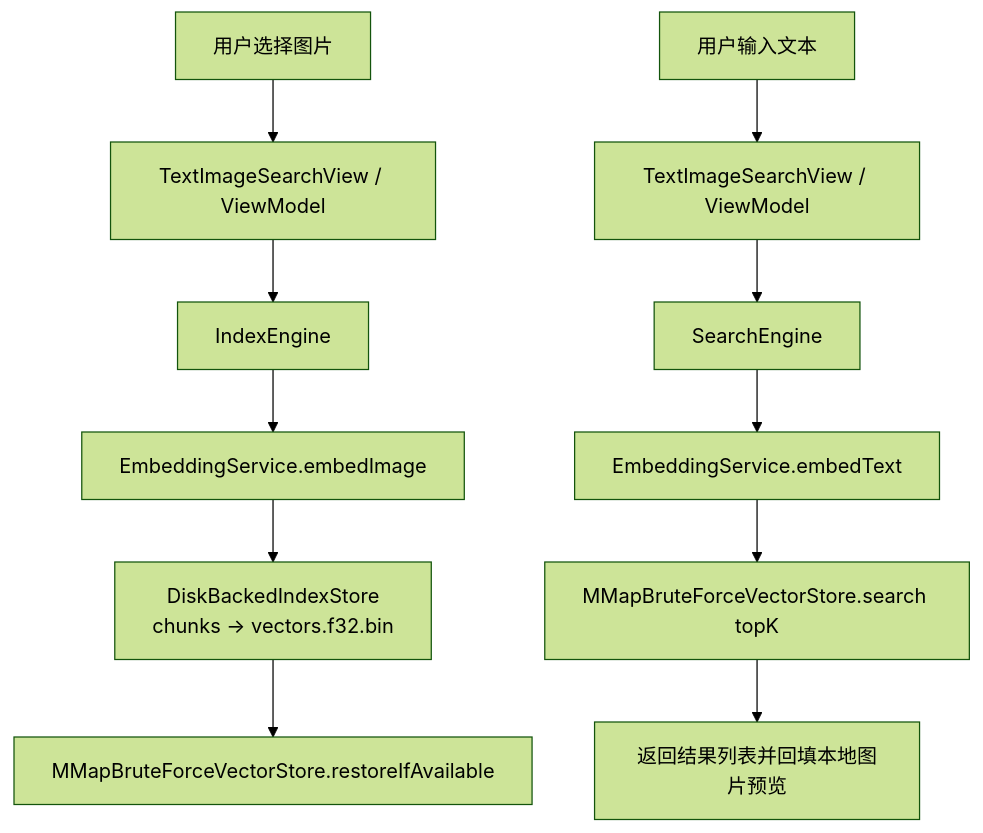
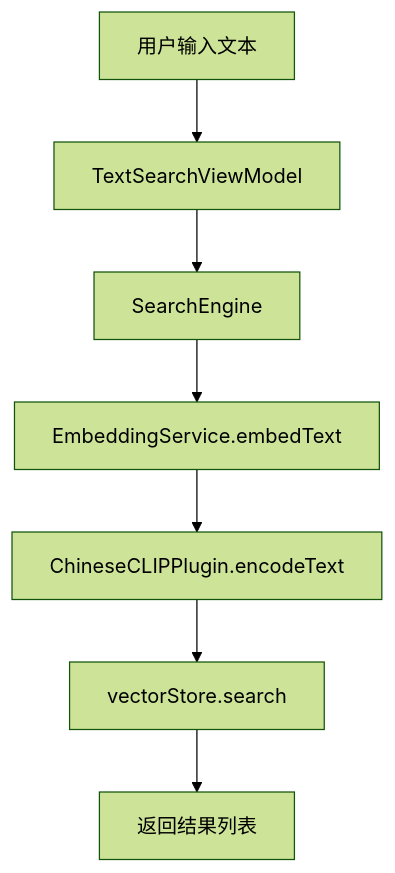
One commit to tivnantu/PhotoScanner changed the second of 3 diagrams in docs/context/ARCHITECTURE.md. Above: the diagram before and after it, drawn with Mermaid (forest theme). The commit also changed other lines of this file and 33 other files, not shown here.

````diff
--- a/docs/context/ARCHITECTURE.md
+++ b/docs/context/ARCHITECTURE.md
@@ -166,14 +133,9 @@
 ```mermaid
 flowchart TD
-    A[用户选择图片] --> B[TextImageSearchView / ViewModel]
-    B --> C[IndexEngine]
-    C --> D[EmbeddingService.embedImage]
-    D --> E[DiskBackedIndexStore<br/>chunks → vectors.f32.bin]
-    E --> F[MMapBruteForceVectorStore.restoreIfAvailable]
-
-    G[用户输入文本] --> H[TextImageSearchView / ViewModel]
-    H --> I[SearchEngine]
-    I --> J[EmbeddingService.embedText]
-    J --> K[MMapBruteForceVectorStore.search topK]
-    K --> L[返回结果列表并回填本地图片预览]
+    A[用户输入文本] --> B[TextSearchViewModel]
+    B --> C[SearchEngine]
+    C --> D[EmbeddingService.embedText]
+    D --> E[ChineseCLIPPlugin.encodeText]
+    E --> F[vectorStore.search]
+    F --> G[返回结果列表]
 ```
````
